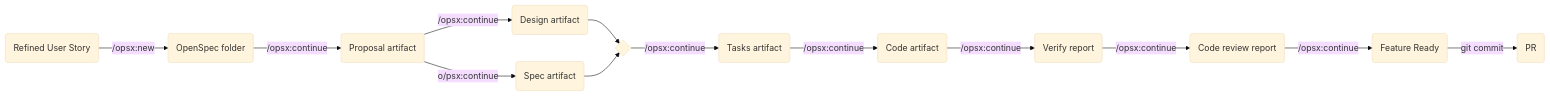
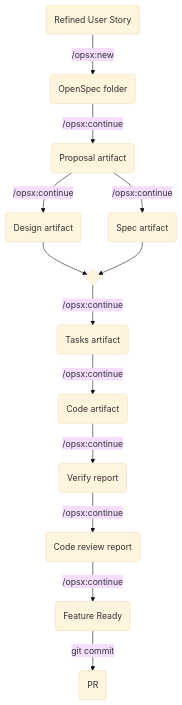
One commit to sjexpos/openspec-demo changed the second of 2 diagrams in README.md. Above: the diagram before and after it, drawn with Mermaid (base theme). The commit also changed other lines of this file and 5 other files, not shown here.

````diff
--- a/README.md
+++ b/README.md
@@ -235,16 +235,16 @@
 ```mermaid
-flowchart LR
+flowchart TD
     A(Refined User Story) -->|/opsx:new| B
     B(OpenSpec folder) -->|/opsx:continue| C
     C(Proposal artifact) -->|/opsx:continue| D
-    C(Proposal artifact) -->|o/psx:continue| E
+    C(Proposal artifact) -->|/opsx:continue| E
     D(Design artifact) --> F
     E(Spec artifact) --> F
     F{ } -->|/opsx:continue| G
     G(Tasks artifact) -->|/opsx:continue| H
     H(Code artifact) -->|/opsx:continue| I
     I(Verify report) -->|/opsx:continue| J
     J(Code review report) -->|/opsx:continue| K
     K(Feature Ready) -->|git commit| L
     L(PR)
 ```
````
